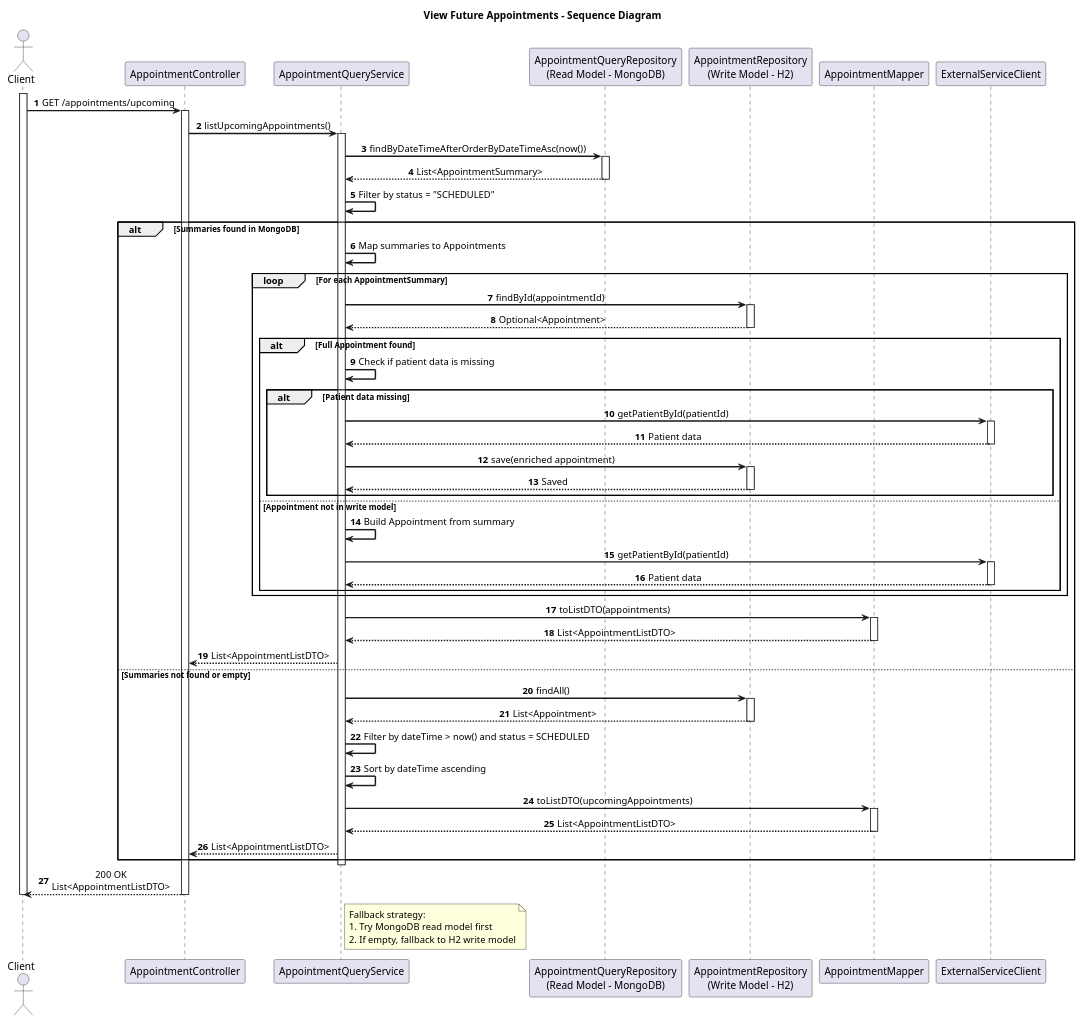
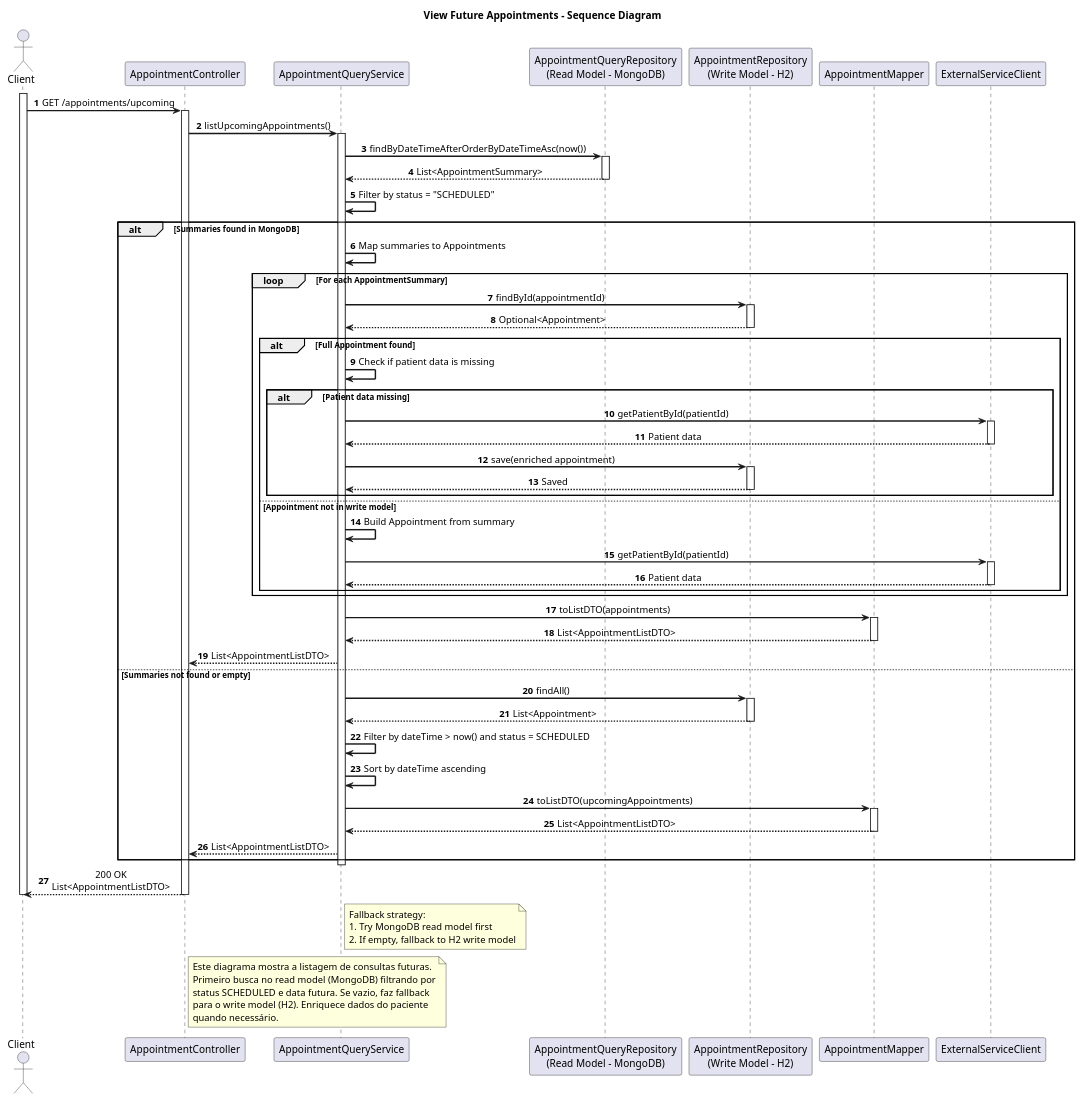
The diagram in DOCS2/C4+1/ViewFutureAppointments-Sequence.puml (pedrods05/LETI_SIDIS_3DA_6), drawn with PlantUML before and after one commit. The commit also changed 11 other files, not shown here.

```diff
--- a/DOCS2/C4+1/ViewFutureAppointments-Sequence.puml
+++ b/DOCS2/C4+1/ViewFutureAppointments-Sequence.puml
@@ -1,97 +1,105 @@
 @startuml ViewFutureAppointments-Sequence
 skinparam backgroundColor #FFFFFF
 skinparam sequenceMessageAlign center
 skinparam sequenceArrowThickness 2
 
 title View Future Appointments - Sequence Diagram
 
 actor Client
 participant "AppointmentController" as Controller
 participant "AppointmentQueryService" as QueryService
 participant "AppointmentQueryRepository\n(Read Model - MongoDB)" as ReadRepo
 participant "AppointmentRepository\n(Write Model - H2)" as WriteRepo
 participant "AppointmentMapper" as Mapper
 participant "ExternalServiceClient" as ExternalClient
 
 autonumber
 activate Client
 Client -> Controller: GET /appointments/upcoming
 activate Controller
 
 Controller -> QueryService: listUpcomingAppointments()
 activate QueryService
 
 QueryService -> ReadRepo: findByDateTimeAfterOrderByDateTimeAsc(now())
 activate ReadRepo
 ReadRepo --> QueryService: List<AppointmentSummary>
 deactivate ReadRepo
 
 QueryService -> QueryService: Filter by status = "SCHEDULED"
 
 alt Summaries found in MongoDB
     QueryService -> QueryService: Map summaries to Appointments
     loop For each AppointmentSummary
         QueryService -> WriteRepo: findById(appointmentId)
         activate WriteRepo
         WriteRepo --> QueryService: Optional<Appointment>
         deactivate WriteRepo
 
         alt Full Appointment found
             QueryService -> QueryService: Check if patient data is missing
 
             alt Patient data missing
                 QueryService -> ExternalClient: getPatientById(patientId)
                 activate ExternalClient
                 ExternalClient --> QueryService: Patient data
                 deactivate ExternalClient
 
                 QueryService -> WriteRepo: save(enriched appointment)
                 activate WriteRepo
                 WriteRepo --> QueryService: Saved
                 deactivate WriteRepo
             end
         else Appointment not in write model
             QueryService -> QueryService: Build Appointment from summary
             QueryService -> ExternalClient: getPatientById(patientId)
             activate ExternalClient
             ExternalClient --> QueryService: Patient data
             deactivate ExternalClient
         end
     end
 
     QueryService -> Mapper: toListDTO(appointments)
     activate Mapper
     Mapper --> QueryService: List<AppointmentListDTO>
     deactivate Mapper
 
     QueryService --> Controller: List<AppointmentListDTO>
 else Summaries not found or empty
     QueryService -> WriteRepo: findAll()
     activate WriteRepo
     WriteRepo --> QueryService: List<Appointment>
     deactivate WriteRepo
 
     QueryService -> QueryService: Filter by dateTime > now() and status = SCHEDULED
     QueryService -> QueryService: Sort by dateTime ascending
 
     QueryService -> Mapper: toListDTO(upcomingAppointments)
     activate Mapper
     Mapper --> QueryService: List<AppointmentListDTO>
     deactivate Mapper
 
     QueryService --> Controller: List<AppointmentListDTO>
 end
 
 deactivate QueryService
 
 Controller --> Client: 200 OK\nList<AppointmentListDTO>
 deactivate Controller
 deactivate Client
 
 note right of QueryService
   Fallback strategy:
   1. Try MongoDB read model first
   2. If empty, fallback to H2 write model
 end note
 
+note right of Controller
+  Este diagrama mostra a listagem de consultas futuras.
+  Primeiro busca no read model (MongoDB) filtrando por
+  status SCHEDULED e data futura. Se vazio, faz fallback
+  para o write model (H2). Enriquece dados do paciente
+  quando necessário.
+end note
+
 @enduml
```
